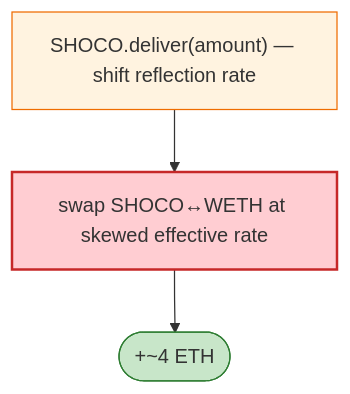
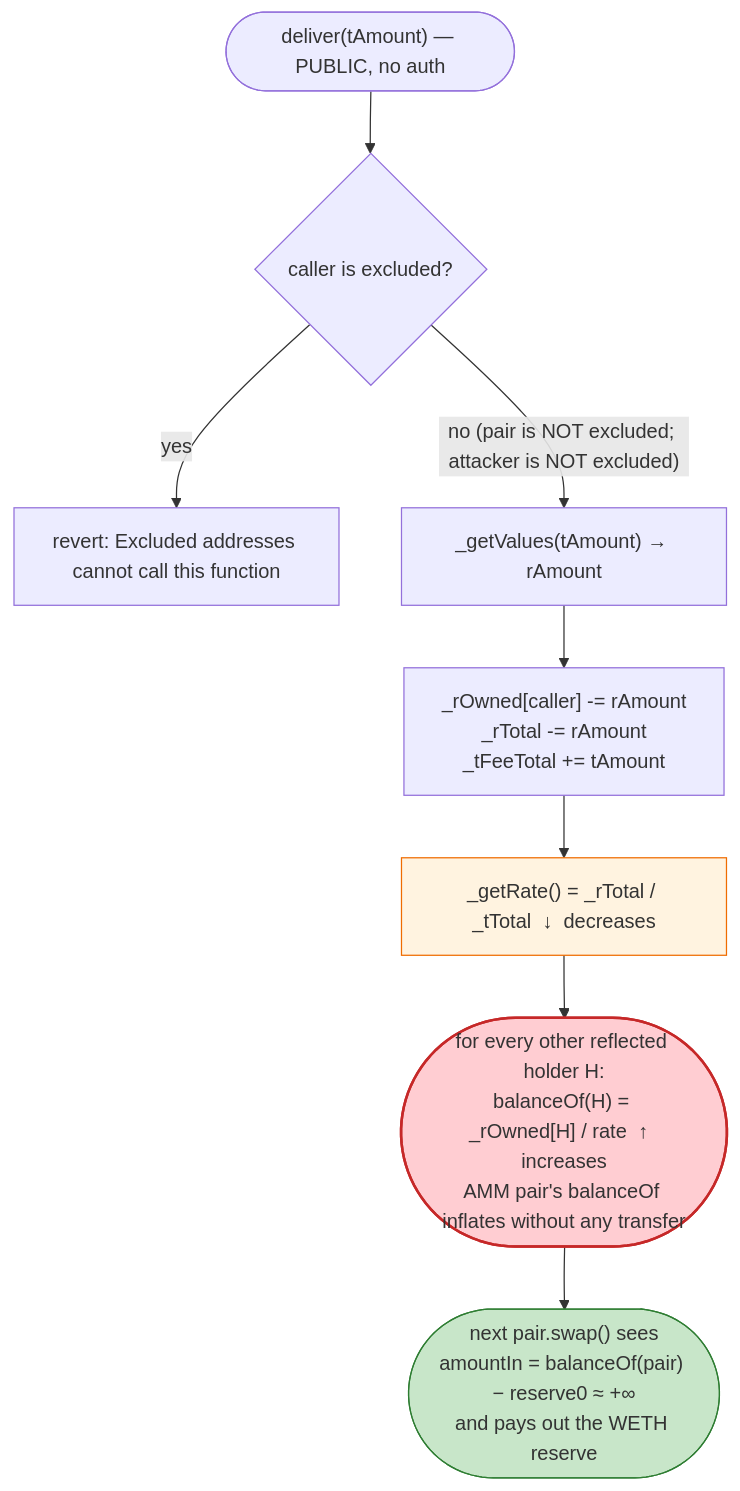
The third of 4 diagrams in 2023-01-SHOCO_exp/SHOCO_exp.md (sanbir/evm-hack-registry), drawn with Mermaid before and after one commit. The commit also changed other lines of this file and 52 other files, not shown here.

````diff
--- a/2023-01-SHOCO_exp/SHOCO_exp.md
+++ b/2023-01-SHOCO_exp/SHOCO_exp.md
@@ -41,9 +290,14 @@
 ```mermaid
 flowchart TD
-    DL["SHOCO.deliver(amount) — shift reflection rate"] --> SW["swap SHOCO↔WETH at skewed effective rate"]
-    SW --> OUT(["+~4 ETH"])
+    Start(["deliver(tAmount) — PUBLIC, no auth"]) --> Req{"caller is excluded?"}
+    Req -- yes --> Rev["revert: Excluded addresses cannot call this function"]
+    Req -- no (pair is NOT excluded; attacker is NOT excluded) --> Val["_getValues(tAmount) → rAmount"]
+    Val --> Burn["_rOwned[caller] -= rAmount<br/>_rTotal -= rAmount<br/>_tFeeTotal += tAmount"]
+    Burn --> Rate["_getRate() = _rTotal / _tTotal  ↓  decreases"]
+    Rate --> Infl(["for every other reflected holder H:<br/>balanceOf(H) = _rOwned[H] / rate  ↑  increases<br/>AMM pair's balanceOf inflates without any transfer"]) 
+    Infl --> Sell(["next pair.swap() sees<br/>amountIn = balanceOf(pair) − reserve0 ≈ +∞<br/>and pays out the WETH reserve"])
 
-    style DL fill:#fff3e0,stroke:#ef6c00
-    style SW fill:#ffcdd2,stroke:#c62828,stroke-width:2px
-    style OUT fill:#c8e6c9,stroke:#2e7d32
+    style Infl fill:#ffcdd2,stroke:#c62828,stroke-width:2px
+    style Sell fill:#c8e6c9,stroke:#2e7d32
+    style Rate fill:#fff3e0,stroke:#ef6c00
 ```
````
